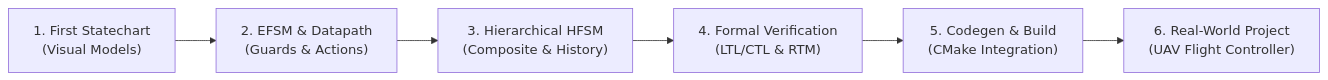
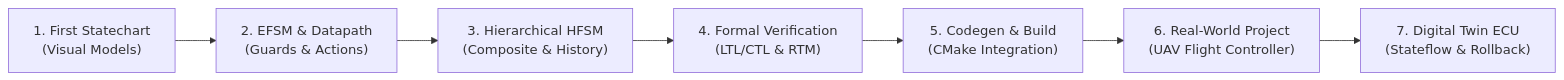
Before and after one commit to simoneCavalleri/fsmc: the diagram in docs/tutorials/index.md, drawn with Mermaid. The commit also changed other lines of this file and 7 other files, not shown here.

Commit message:
feat(formal): add Stateflow digital twin ECU tutorial and example

````diff
--- a/docs/tutorials/index.md
+++ b/docs/tutorials/index.md
@@ -9,8 +9,9 @@
 ```mermaid
 flowchart LR
     Step1["1. First Statechart<br/>(Visual Models)"] --> Step2["2. EFSM & Datapath<br/>(Guards & Actions)"]
     Step2 --> Step3["3. Hierarchical HFSM<br/>(Composite & History)"]
     Step3 --> Step4["4. Formal Verification<br/>(LTL/CTL & RTM)"]
     Step4 --> Step5["5. Codegen & Build<br/>(CMake Integration)"]
     Step5 --> Step6["6. Real-World Project<br/>(UAV Flight Controller)"]
+    Step6 --> Step7["7. Digital Twin ECU<br/>(Stateflow & Rollback)"]
 ```
````
